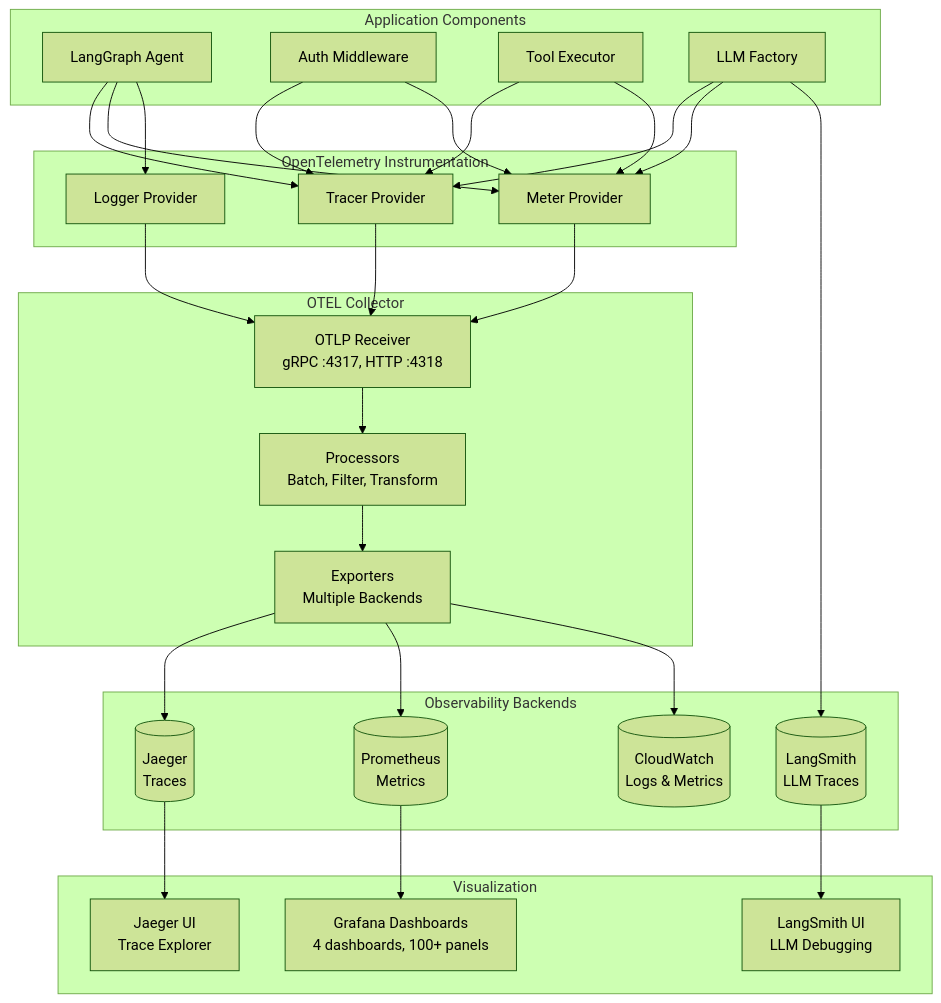
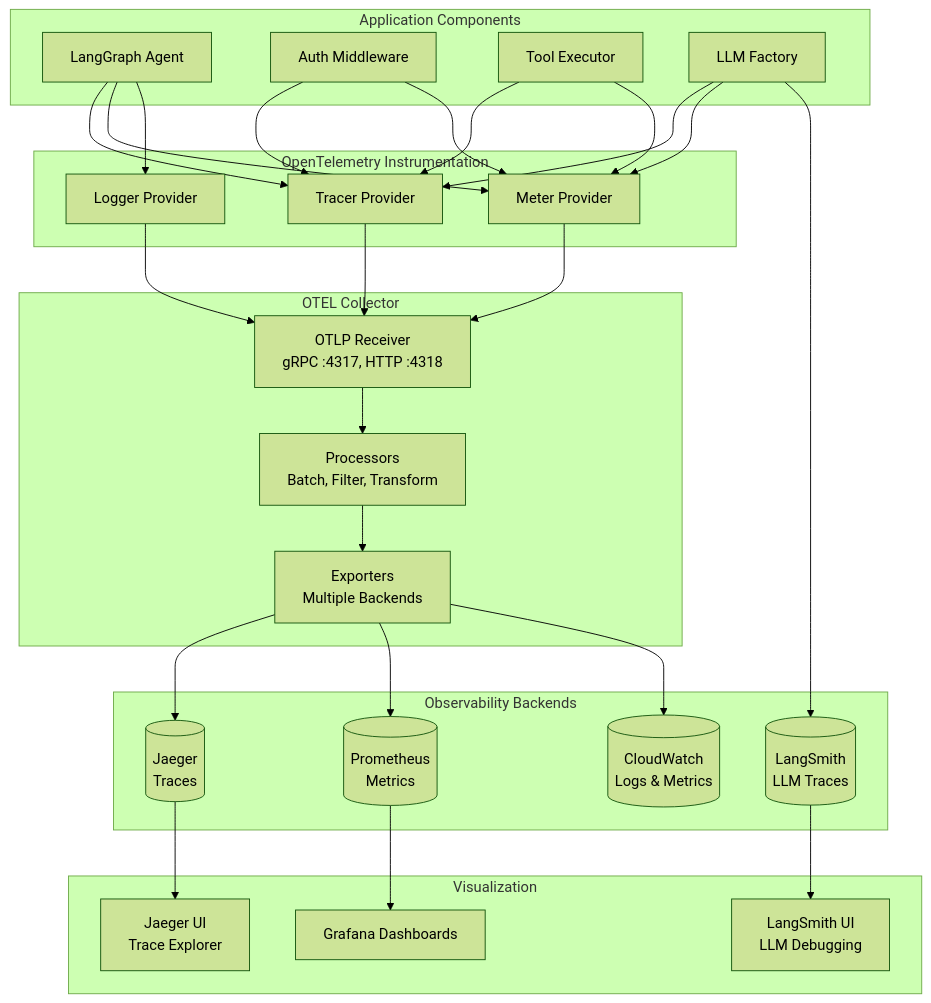
One commit to vishnu2kmohan/mcp-server-langgraph changed the tenth of 10 diagrams in docs/diagrams/system-architecture.mdx. Above: the diagram before and after it, drawn with Mermaid (forest theme). The commit also changed other lines of this file and 93 other files, not shown here.

First line of the commit message:
docs: fix MDX syntax errors, broken links, and Mermaid diagram issues

````diff
--- a/docs/diagrams/system-architecture.mdx
+++ b/docs/diagrams/system-architecture.mdx
@@ -515,62 +515,62 @@
 ```mermaid
 flowchart TB
     subgraph Application["Application Components"]
         Agent[LangGraph Agent]
         Auth[Auth Middleware]
         Tools[Tool Executor]
         LLM[LLM Factory]
     end
 
     subgraph Instrumentation["OpenTelemetry Instrumentation"]
         TracerProvider[Tracer Provider]
         MeterProvider[Meter Provider]
         LoggerProvider[Logger Provider]
     end
 
     subgraph Collection["OTEL Collector"]
         Receiver[OTLP Receiver<br/>gRPC :4317, HTTP :4318]
         Processor[Processors<br/>Batch, Filter, Transform]
         Exporter[Exporters<br/>Multiple Backends]
     end
 
     subgraph Backends["Observability Backends"]
         Jaeger[(Jaeger<br/>Traces)]
         Prometheus[(Prometheus<br/>Metrics)]
         LangSmith[(LangSmith<br/>LLM Traces)]
         CloudWatch[(CloudWatch<br/>Logs & Metrics)]
     end
 
     subgraph Visualization["Visualization"]
-        Grafana[Grafana Dashboards<br/>4 dashboards, 100+ panels]
+        Grafana[Grafana Dashboards<br/&gt;4 dashboards, 100+ panels]
         JaegerUI[Jaeger UI<br/>Trace Explorer]
         LangSmithUI[LangSmith UI<br/>LLM Debugging]
     end
 
     %% Data Flow
     Agent --> TracerProvider
     Agent --> MeterProvider
     Agent --> LoggerProvider
     Auth --> TracerProvider
     Auth --> MeterProvider
     Tools --> TracerProvider
     Tools --> MeterProvider
     LLM --> TracerProvider
     LLM --> MeterProvider
     LLM --> LangSmith
 
     TracerProvider --> Receiver
     MeterProvider --> Receiver
     LoggerProvider --> Receiver
 
     Receiver --> Processor
     Processor --> Exporter
 
     Exporter --> Jaeger
     Exporter --> Prometheus
     Exporter --> CloudWatch
 
     Jaeger --> JaegerUI
     Prometheus --> Grafana
     LangSmith --> LangSmithUI
 
 ```
````
